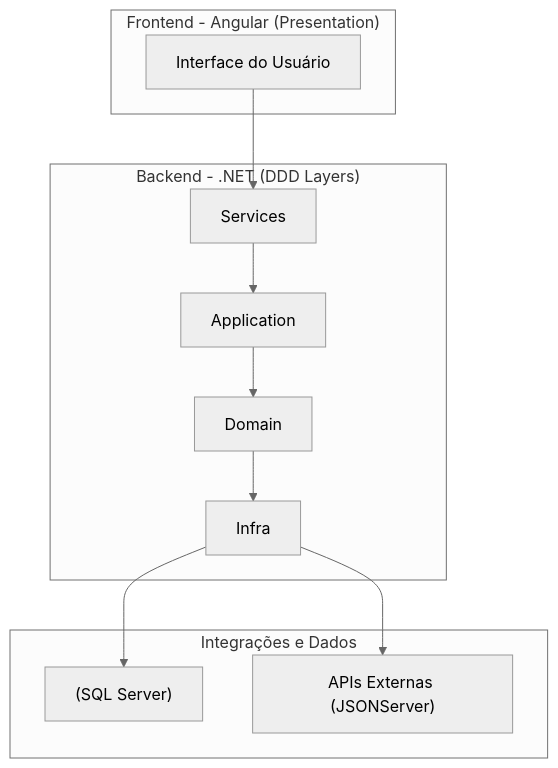
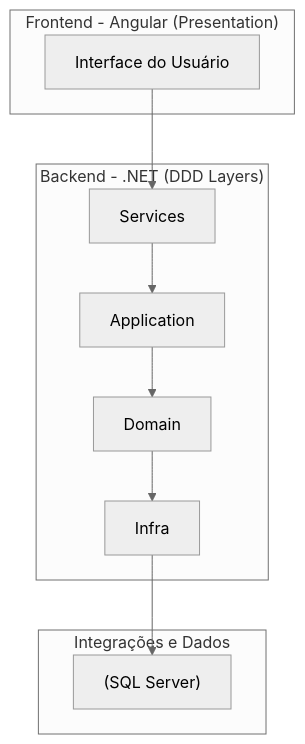
The diagram in README.md (JonasSeneTorres/ExamePraticoDotnetNg04071436), drawn with Mermaid (neutral theme) before and after one commit. The commit also changed other lines of this file, not shown here.

````diff
--- a/README.md
+++ b/README.md
@@ -59,25 +59,24 @@
 ```mermaid
 flowchart TB
     subgraph Frontend ["Frontend - Angular (Presentation)"]
         UI[Interface do Usuário]
     end
 
     subgraph Backend ["Backend - .NET (DDD Layers)"]
         Services[Services]
         App[Application]
         Domain[Domain]
         Infra[Infra]
     end
 
     subgraph External ["Integrações e Dados"]
         SQL["(SQL Server)"]
-        JSON["APIs Externas (JSONServer)"]
     end
 
     UI --> Services
     Services --> App
     App --> Domain
     Domain --> Infra
     Infra --> SQL
-    Infra --> JSON
+    
 ```
````
